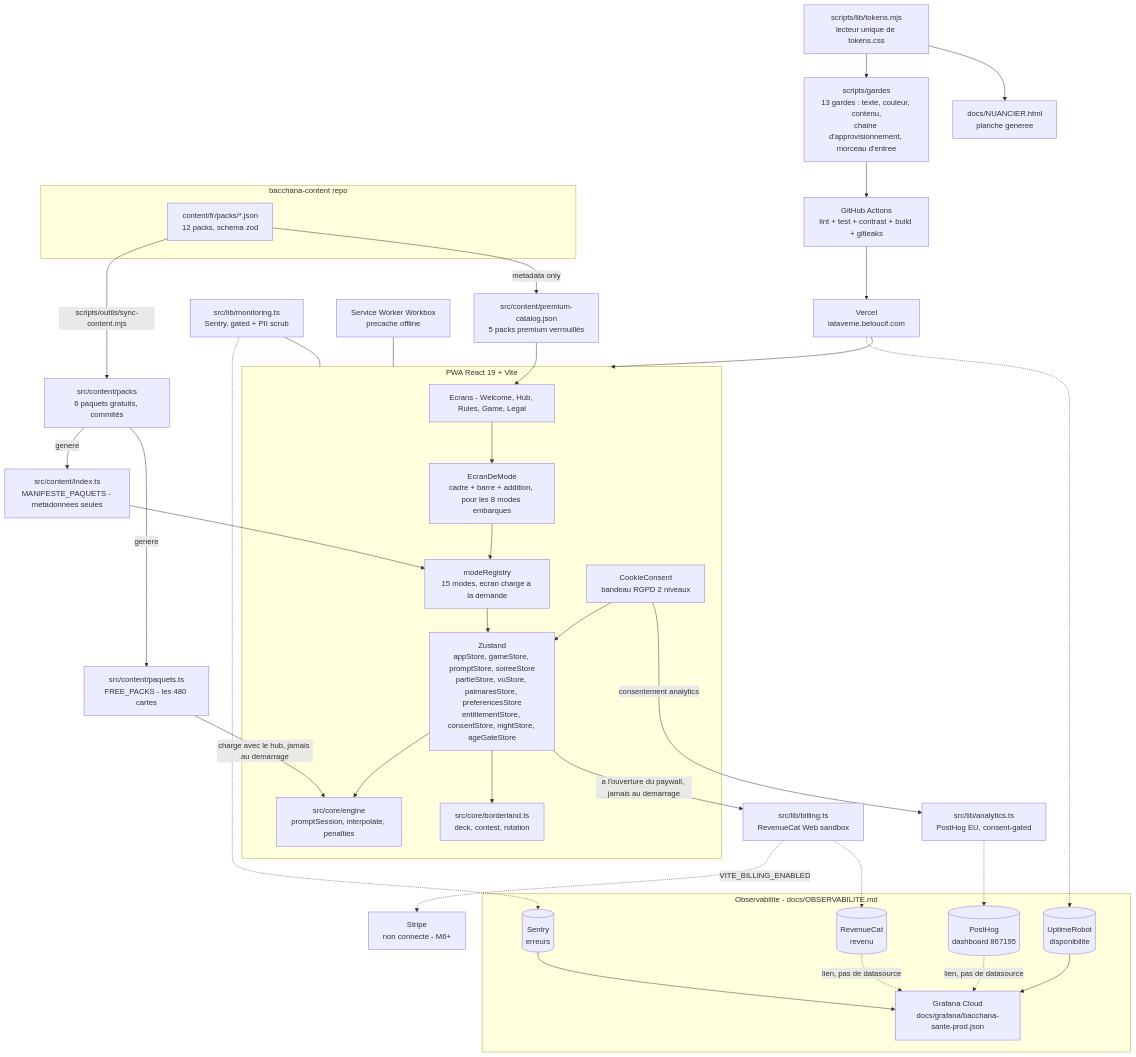
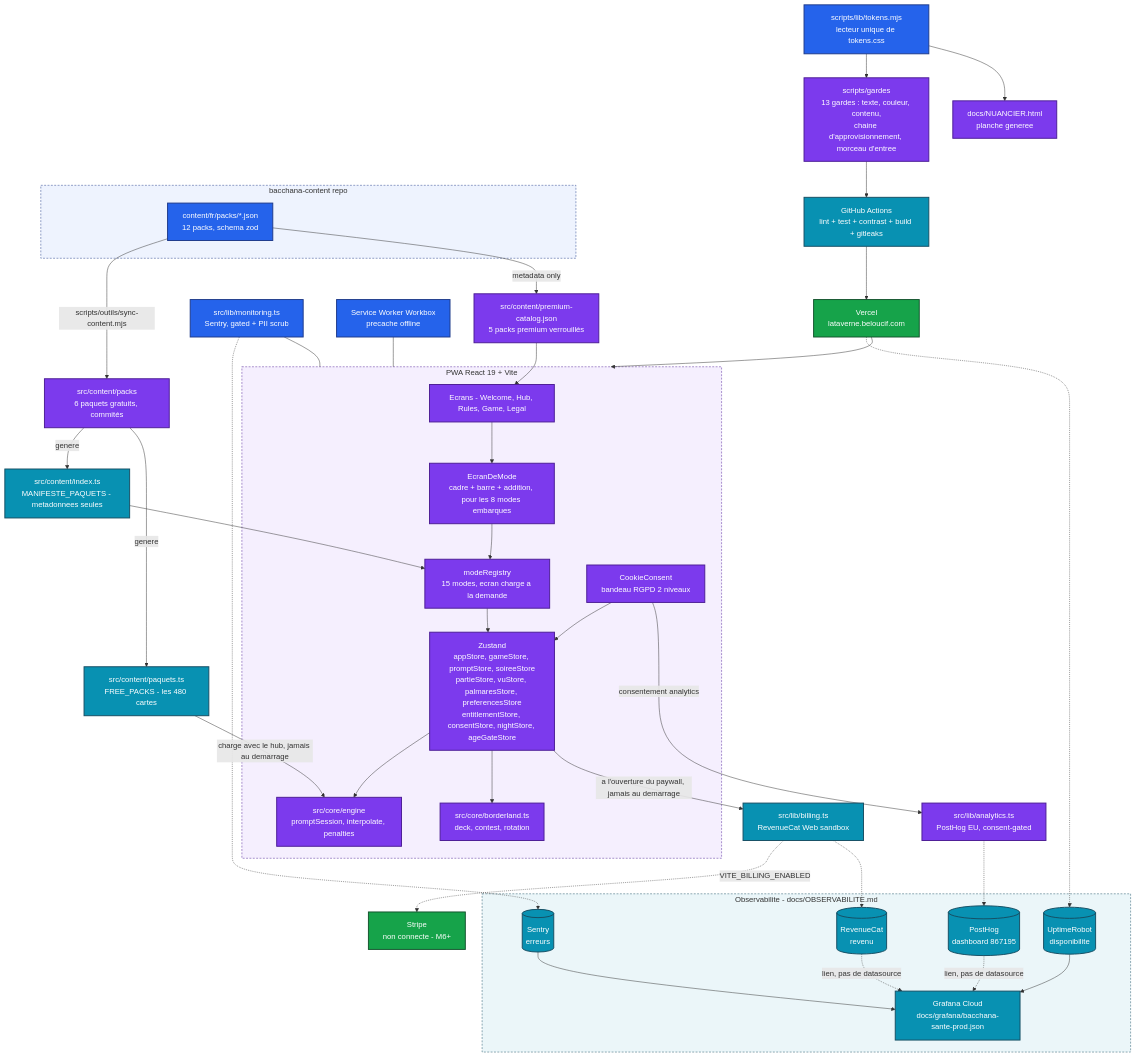
Before and after one commit to Adam-Blf/bacchana: the diagram in README.md, drawn with Mermaid.

Commit message:
docs: add colors to mermaid diagrams (#168)
Each node gets a palette class (by subgraph or by flow depth), subgraphs are tinted, non-flowchart diagrams use a colored base theme. Validated by rendering every diagram before and after.

````diff
--- a/README.md
+++ b/README.md
@@ -190,54 +190,66 @@
 ```mermaid
 flowchart TD
     subgraph Content [bacchana-content repo]
         Packs[content/fr/packs/*.json\n12 packs, schema zod]
     end
     Packs -->|scripts/outils/sync-content.mjs| Free[src/content/packs\n6 paquets gratuits, commités]
     Free -->|genere| Manifeste[src/content/index.ts\nMANIFESTE_PAQUETS - metadonnees seules]
     Free -->|genere| Cartes[src/content/paquets.ts\nFREE_PACKS - les 480 cartes]
     Packs -->|metadata only| Catalog[src/content/premium-catalog.json\n5 packs premium verrouillés]
 
     subgraph Client [PWA React 19 + Vite]
         UI[Ecrans - Welcome, Hub, Rules, Game, Legal]
         Registry[modeRegistry\n15 modes, ecran charge a la demande]
         Coquille[EcranDeMode\ncadre + barre + addition, pour les 8 modes embarques]
         Engine[src/core/engine\npromptSession, interpolate, penalties]
         Core[src/core/borderland.ts\ndeck, contest, rotation]
         Stores[Zustand\nappStore, gameStore, promptStore, soireeStore\npartieStore, vuStore, palmaresStore, preferencesStore\nentitlementStore, consentStore, nightStore, ageGateStore]
         Cookie[CookieConsent\nbandeau RGPD 2 niveaux]
         UI --> Coquille --> Registry --> Stores
         Stores --> Engine
         Stores --> Core
         Cookie --> Stores
     end
 
     Manifeste --> Registry
     Cartes -->|charge avec le hub, jamais au demarrage| Engine
     Catalog --> UI
     Cookie -->|consentement analytics| Analytics[src/lib/analytics.ts\nPostHog EU, consent-gated]
     Stores -->|a l'ouverture du paywall, jamais au demarrage| Billing[src/lib/billing.ts\nRevenueCat Web sandbox]
     Billing -.->|VITE_BILLING_ENABLED| Stripe[Stripe\nnon connecte - M6+]
     Monitor[src/lib/monitoring.ts\nSentry, gated + PII scrub] --- Client
     SW[Service Worker Workbox\nprecache offline] --- Client
     Vercel[Vercel\nlataverne.beloucif.com] --> Client
     CI[GitHub Actions\nlint + test + contrast + build + gitleaks] --> Vercel
     Gardes[scripts/gardes\n13 gardes : texte, couleur, contenu,\nchaine d'approvisionnement, morceau d'entree] --> CI
     Jetons[scripts/lib/tokens.mjs\nlecteur unique de tokens.css] --> Gardes
     Jetons --> Nuancier[docs/NUANCIER.html\nplanche generee]
 
     subgraph Observability [Observabilite - docs/OBSERVABILITE.md]
         Sentry[(Sentry\nerreurs)]
         PH[(PostHog\ndashboard 867195)]
         UR[(UptimeRobot\ndisponibilite)]
         RC[(RevenueCat\nrevenu)]
         Grafana[Grafana Cloud\ndocs/grafana/bacchana-sante-prod.json]
         Sentry --> Grafana
         UR --> Grafana
         PH -.->|lien, pas de datasource| Grafana
         RC -.->|lien, pas de datasource| Grafana
     end
     Monitor -.-> Sentry
     Analytics -.-> PH
     Vercel -.-> UR
     Billing -.-> RC
+
+    classDef c0 fill:#2563eb,stroke:#1e3a8a,stroke-width:2px,color:#ffffff
+    classDef c1 fill:#7c3aed,stroke:#4c1d95,stroke-width:2px,color:#ffffff
+    classDef c2 fill:#0891b2,stroke:#164e63,stroke-width:2px,color:#ffffff
+    classDef c3 fill:#16a34a,stroke:#14532d,stroke-width:2px,color:#ffffff
+    class Packs,Monitor,SW,Jetons c0
+    class Free,Catalog,UI,Registry,Coquille,Engine,Core,Stores,Cookie,Analytics,Gardes,Nuancier c1
+    class Manifeste,Cartes,Billing,CI,Sentry,PH,UR,RC,Grafana c2
+    class Stripe,Vercel c3
+    style Content fill:#2563eb14,stroke:#1e3a8a,stroke-width:1px,stroke-dasharray:4 3
+    style Client fill:#7c3aed14,stroke:#4c1d95,stroke-width:1px,stroke-dasharray:4 3
+    style Observability fill:#0891b214,stroke:#164e63,stroke-width:1px,stroke-dasharray:4 3
 ```
````
